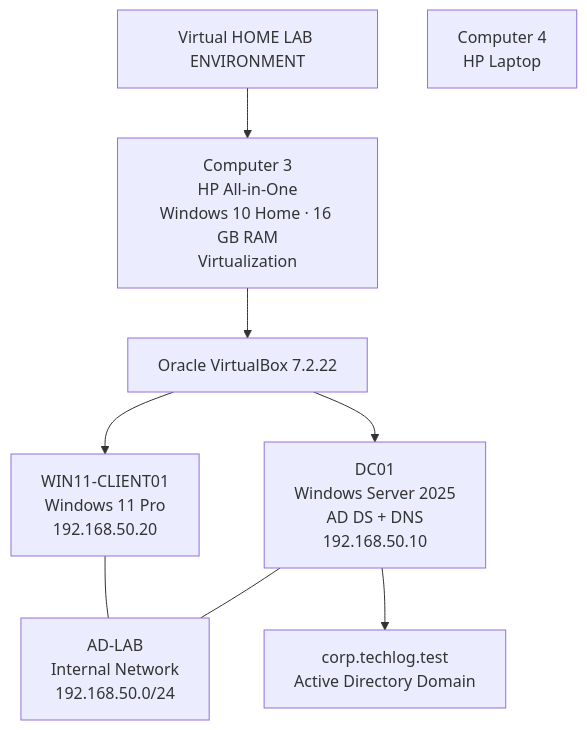
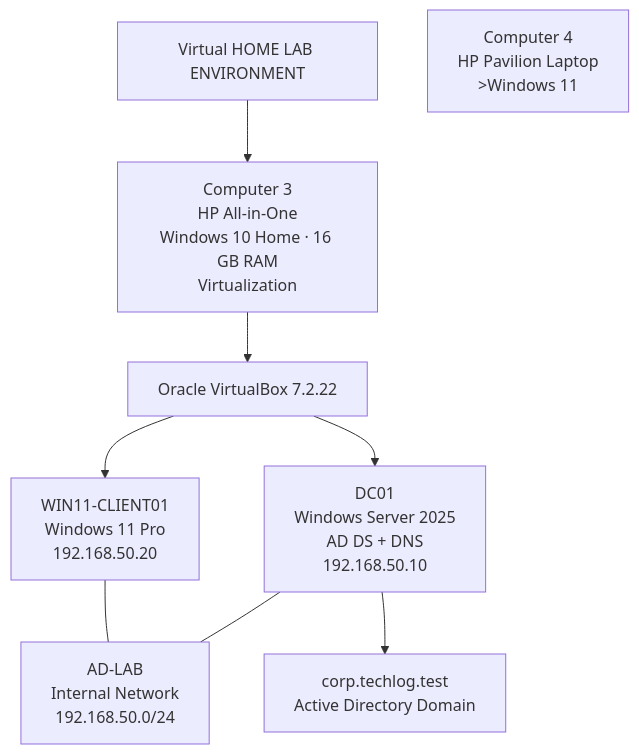
Before and after one commit to aang81a/my-it-support-portfolio: the second of 2 diagrams in PROJECTS/01-lab-environment/lab-environment-overview.md, drawn with Mermaid.

````diff
--- a/PROJECTS/01-lab-environment/lab-environment-overview.md
+++ b/PROJECTS/01-lab-environment/lab-environment-overview.md
@@ -47,22 +47,22 @@
 ```mermaid
 flowchart TB
     HOME["Virtual HOME LAB ENVIRONMENT"]
 
     C3["Computer 3<br/>HP All-in-One<br/>Windows 10 Home · 16 GB RAM<br/>Virtualization"]
-    C4["Computer 4<br/>HP Laptop<br/>"]
+    C4["Computer 4<br/>HP Pavilion Laptop<br/>>Windows 11"]
 
     VB["Oracle VirtualBox 7.2.22"]
     CLIENT["WIN11-CLIENT01<br/>Windows 11 Pro<br/>192.168.50.20"]
     SERVER["DC01<br/>Windows Server 2025<br/>AD DS + DNS<br/>192.168.50.10"]
     NETWORK["AD-LAB<br/>Internal Network<br/>192.168.50.0/24"]
     DOMAIN["corp.techlog.test<br/>Active Directory Domain"]
 
     HOME --> C3
 
     C3 --> VB
     VB --> CLIENT
     VB --> SERVER
     CLIENT --- NETWORK
     SERVER --- NETWORK
     SERVER --> DOMAIN
 ```
````
